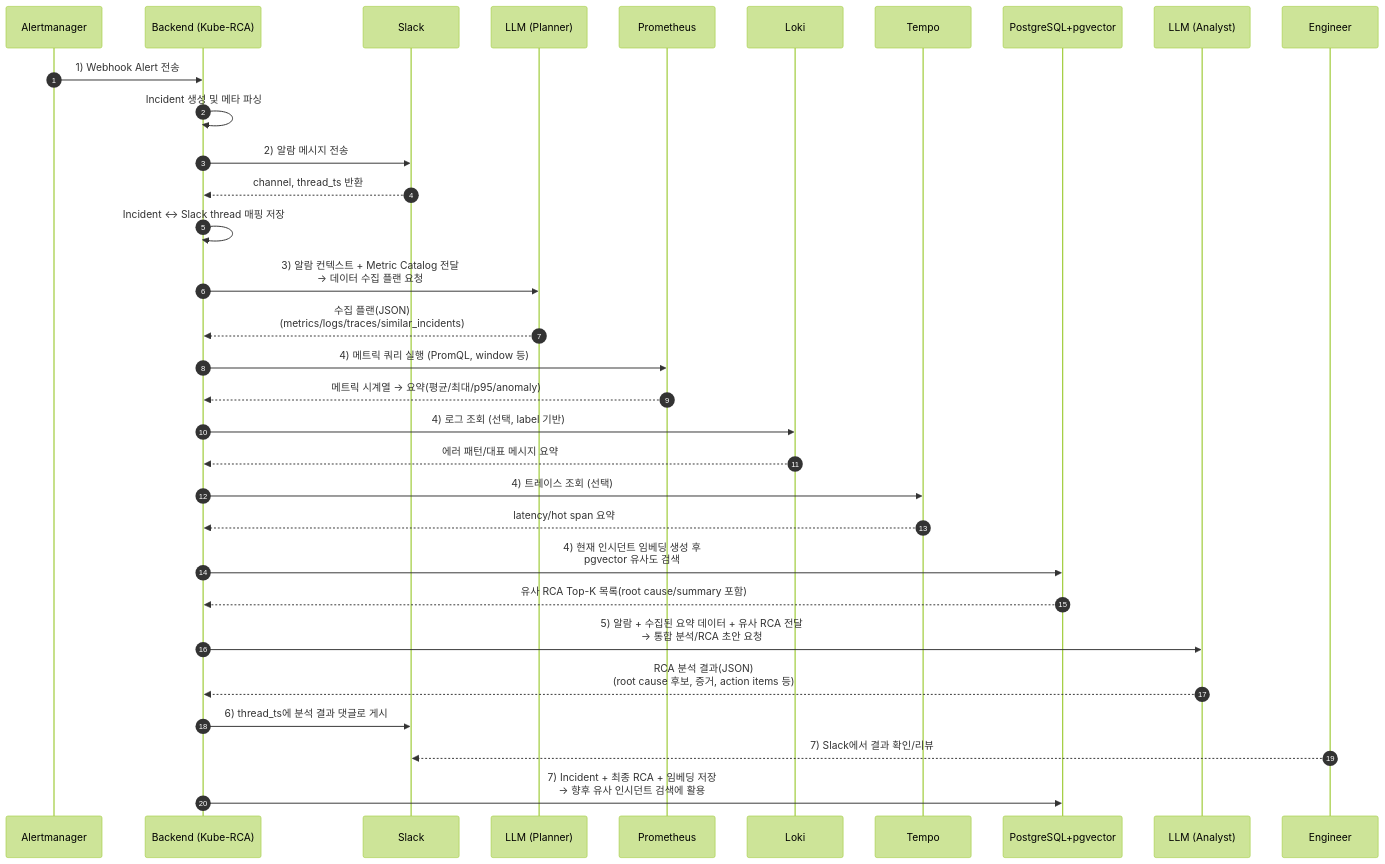
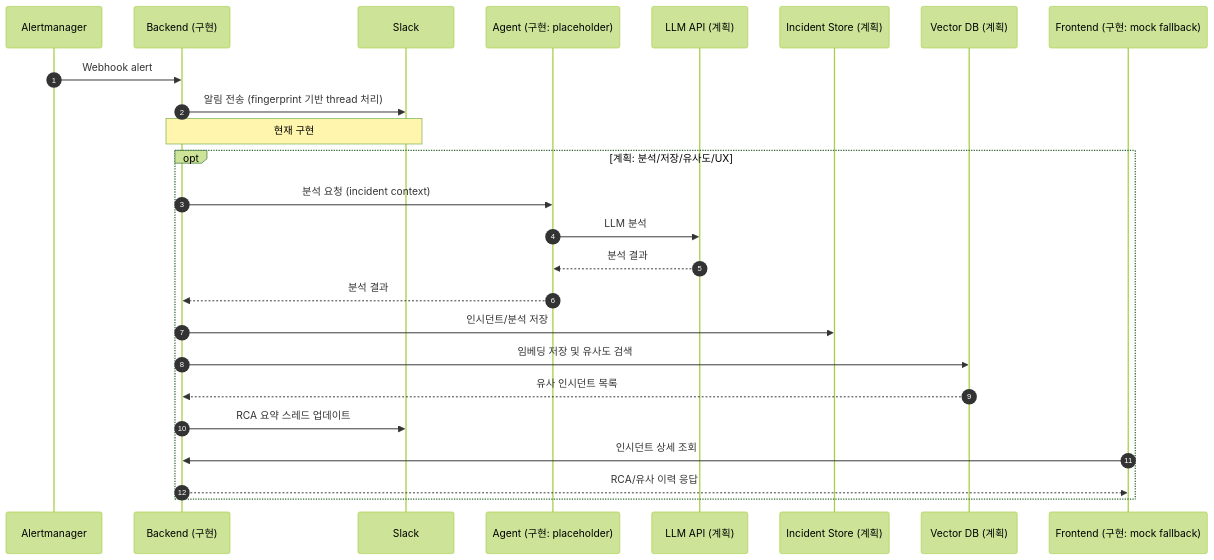
Before and after one commit to kube-rca/kuberca: the diagram in docs/diagrams/sequence_diagram.md, drawn with Mermaid (forest theme). The commit also changed 4 other files, not shown here.

Commit message:
docs(diagrams): clarify as-is/to-be architecture docs [KAN-65]

````diff
--- a/docs/diagrams/sequence_diagram.md
+++ b/docs/diagrams/sequence_diagram.md
@@ -1,45 +1,29 @@
 ```mermaid
 sequenceDiagram
-    autonumber
+  autonumber
+  participant AM as Alertmanager
+  participant BE as Backend (구현)
+  participant SL as Slack
+  participant AG as Agent (구현: placeholder)
+  participant LLM as LLM API (계획)
+  participant DB as Incident Store (계획)
+  participant VDB as Vector DB (계획)
+  participant FE as Frontend (구현: mock fallback)
 
-    participant AM   as Alertmanager
-    participant BE   as Backend (Kube-RCA)
-    participant SL   as Slack
-    participant LLMp as LLM (Planner)
-    participant PR   as Prometheus
-    participant LK   as Loki
-    participant TP   as Tempo
-    participant DB   as PostgreSQL+pgvector
-    participant LLMa as LLM (Analyst)
-    participant ENG  as Engineer
+  AM->>BE: Webhook alert
+  BE->>SL: 알림 전송 (fingerprint 기반 thread 처리)
+  Note over BE,SL: 현재 구현
 
-    AM   ->> BE: 1) Webhook Alert 전송
-    BE   ->> BE: Incident 생성 및 메타 파싱
-
-    BE   ->> SL: 2) 알람 메시지 전송
-    SL  -->> BE: channel, thread_ts 반환
-    BE   ->> BE: Incident ↔ Slack thread 매핑 저장
-
-    BE   ->> LLMp: 3) 알람 컨텍스트 + Metric Catalog 전달<br/>→ 데이터 수집 플랜 요청
-    LLMp -->> BE: 수집 플랜(JSON)<br/>(metrics/logs/traces/similar_incidents)
-
-    BE   ->> PR: 4) 메트릭 쿼리 실행 (PromQL, window 등)
-    PR  -->> BE: 메트릭 시계열 → 요약(평균/최대/p95/anomaly)
-
-    BE   ->> LK: 4) 로그 조회 (선택, label 기반)
-    LK  -->> BE: 에러 패턴/대표 메시지 요약
-
-    BE   ->> TP: 4) 트레이스 조회 (선택)
-    TP  -->> BE: latency/hot span 요약
-
-    BE   ->> DB: 4) 현재 인시던트 임베딩 생성 후<br/>pgvector 유사도 검색
-    DB  -->> BE: 유사 RCA Top-K 목록(root cause/summary 포함)
-
-    BE   ->> LLMa: 5) 알람 + 수집된 요약 데이터 + 유사 RCA 전달<br/>→ 통합 분석/RCA 초안 요청
-    LLMa -->> BE: RCA 분석 결과(JSON)<br/>(root cause 후보, 증거, action items 등)
-
-    BE   ->> SL: 6) thread_ts에 분석 결과 댓글로 게시
-    ENG -->> SL: 7) Slack에서 결과 확인/리뷰
-
-    BE   ->> DB: 7) Incident + 최종 RCA + 임베딩 저장<br/>→ 향후 유사 인시던트 검색에 활용
+  opt 계획: 분석/저장/유사도/UX
+    BE->>AG: 분석 요청 (incident context)
+    AG->>LLM: LLM 분석
+    LLM-->>AG: 분석 결과
+    AG-->>BE: 분석 결과
+    BE->>DB: 인시던트/분석 저장
+    BE->>VDB: 임베딩 저장 및 유사도 검색
+    VDB-->>BE: 유사 인시던트 목록
+    BE->>SL: RCA 요약 스레드 업데이트
+    FE->>BE: 인시던트 상세 조회
+    BE-->>FE: RCA/유사 이력 응답
+  end
 ```
````
